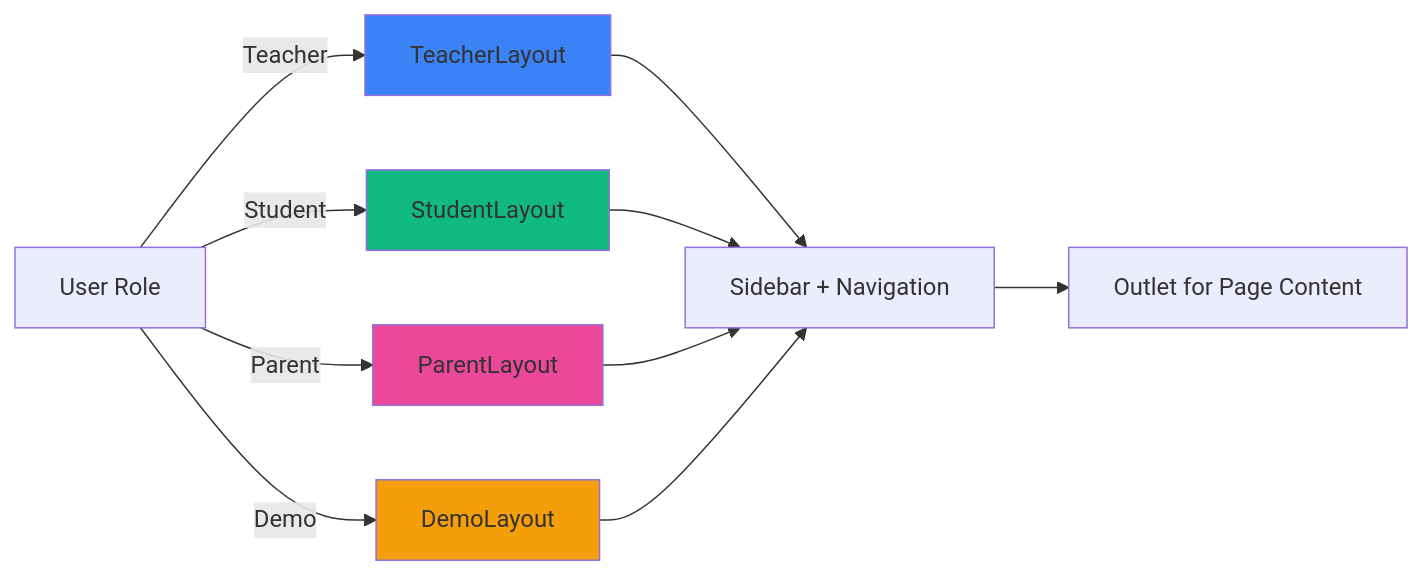
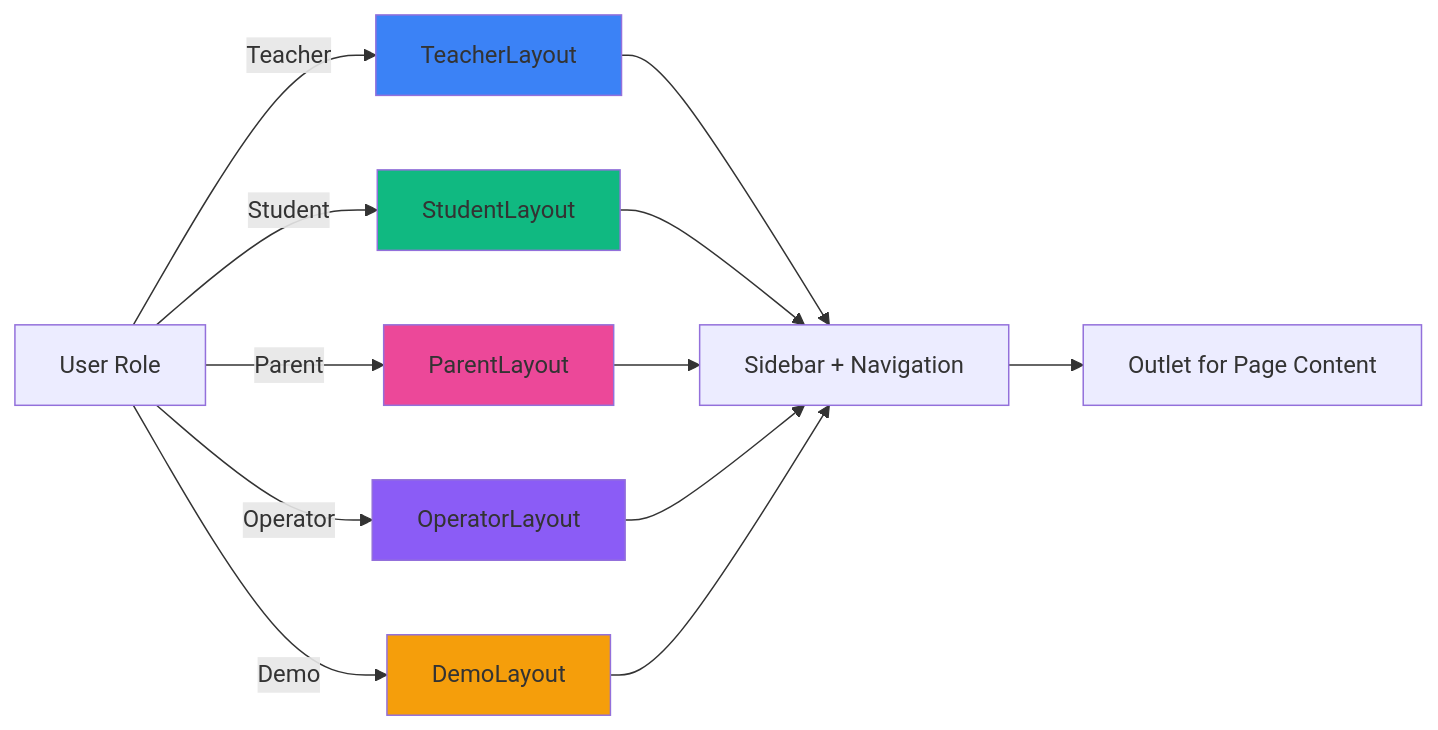
Before and after one commit to lil-id/ajarinaja: the third of 20 diagrams in ARCHITECTURE.md, drawn with Mermaid. The commit also changed other lines of this file and 16 other files, not shown here.

````diff
--- a/ARCHITECTURE.md
+++ b/ARCHITECTURE.md
@@ -202,19 +204,22 @@
 ```mermaid
 graph LR
     A[User Role] -->|Teacher| B[TeacherLayout]
     A -->|Student| C[StudentLayout]
     A -->|Parent| P[ParentLayout]
+    A -->|Operator| O[OperatorLayout]
     A -->|Demo| D[DemoLayout]
     
     B --> E[Sidebar + Navigation]
     C --> E
     P --> E
+    O --> E
     D --> E
     
     E --> F[Outlet for Page Content]
     
     style B fill:#3b82f6
     style C fill:#10b981
     style P fill:#ec4899
+    style O fill:#8b5cf6
     style D fill:#f59e0b
 ```
````
